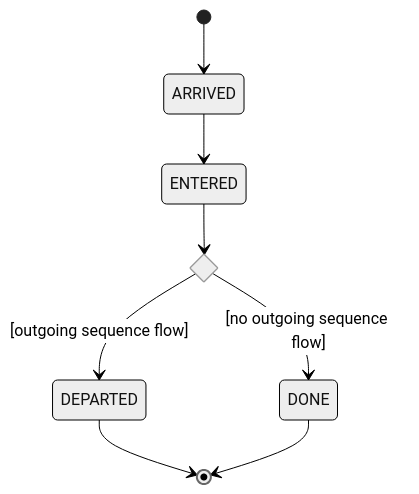
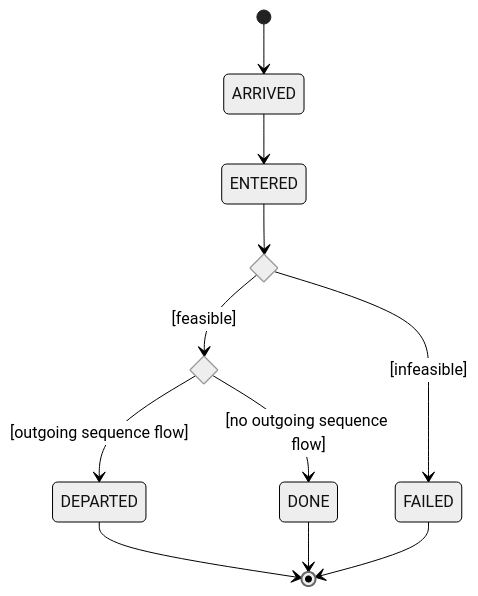
One commit to bpmn-os/bpmnos-engine changed the diagram in docs/md/logic/token_flow_logic_throwing_events.md. Above: the diagram before and after it, drawn with Mermaid (neutral theme). The commit also changed other lines of this file and 19 other files, not shown here.

```diff
--- a/docs/md/logic/token_flow_logic_throwing_events.md
+++ b/docs/md/logic/token_flow_logic_throwing_events.md
@@ -7,11 +8,15 @@
 <pre class="mermaid">
 stateDiagram-v2
+    state feasibility <<choice>>
     state departure <<choice>>
     [*] --> ARRIVED
     ARRIVED --> ENTERED
-    ENTERED --> departure
+    ENTERED --> feasibility
+    feasibility --> departure: [feasible]
+    feasibility --> FAILED: [infeasible]
     departure --> DEPARTED: [outgoing sequence flow]
     departure --> DONE: [no outgoing sequence flow]
     DEPARTED --> [*]
     DONE --> [*]
+    FAILED --> [*]
 </pre>
```
